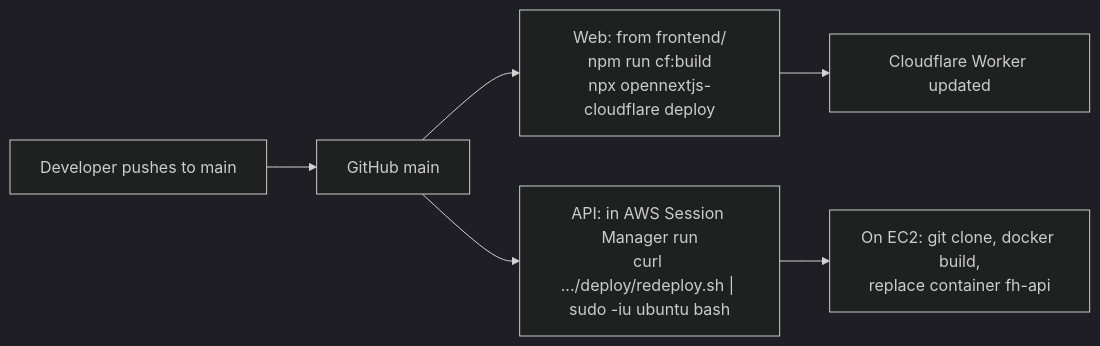
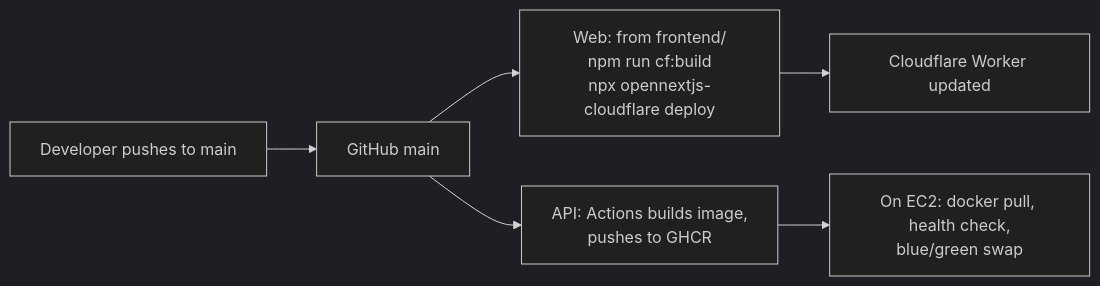
Before and after one commit to debmukdm-jioinstitute/Fund-Horizon: diagram 13 of 20 in README.md, drawn with Mermaid (dark theme). The commit also changed other lines of this file and 7 other files, not shown here.

First line of the commit message:
ci(deploy): build API image in GitHub Actions, EC2 only pulls

````diff
--- a/README.md
+++ b/README.md
@@ -554,8 +554,8 @@
 ```mermaid
 flowchart LR
     DEV["Developer pushes to main"] --> GHB["GitHub main"]
     GHB --> WEBD["Web: from frontend/<br/>npm run cf:build<br/>npx opennextjs-cloudflare deploy"]
     WEBD --> CFW["Cloudflare Worker updated"]
-    GHB --> APID["API: in AWS Session Manager run<br/>curl .../deploy/redeploy.sh | sudo -iu ubuntu bash"]
-    APID --> EC["On EC2: git clone, docker build,<br/>replace container fh-api"]
+    GHB --> APID["API: Actions builds image,<br/>pushes to GHCR"]
+    APID --> EC["On EC2: docker pull, health check,<br/>blue/green swap"]
 ```
````
